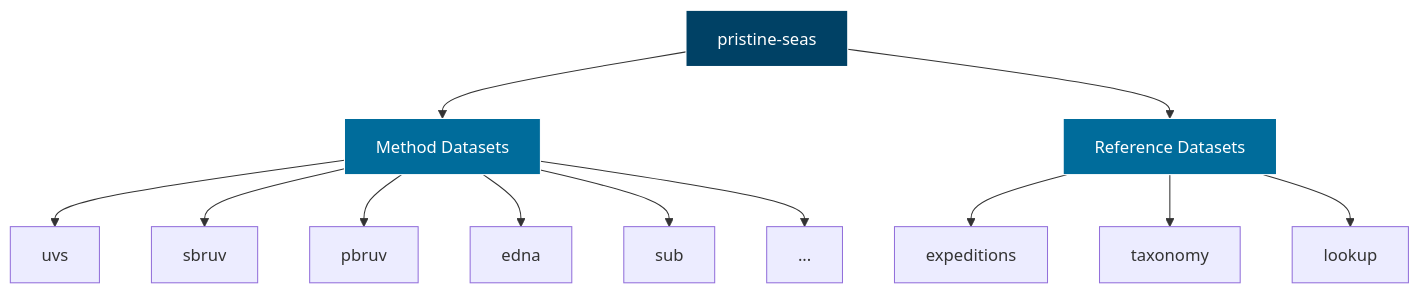
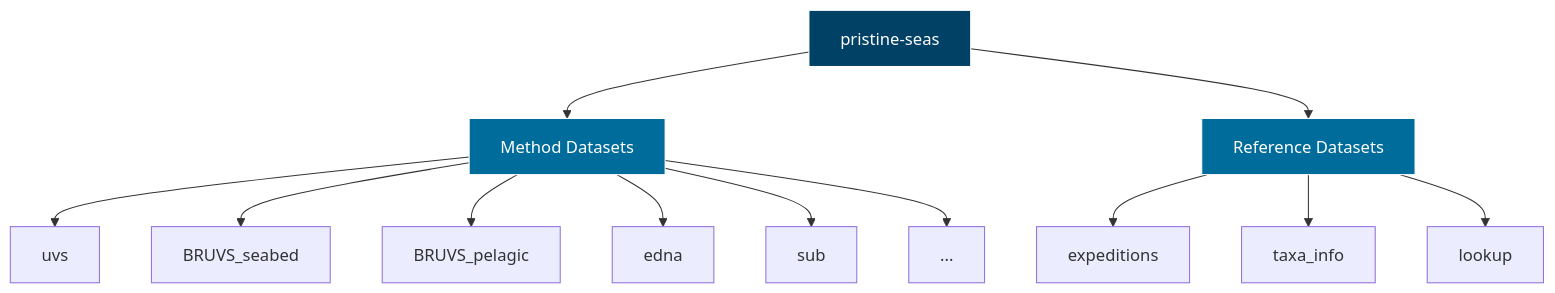
One commit to pristine-seas/legacy-db changed the diagram in build/01_architecture.qmd. Above: the diagram before and after it, drawn with Mermaid. The commit also changed other lines of this file and 6 other files, not shown here.

````diff
--- a/build/01_architecture.qmd
+++ b/build/01_architecture.qmd
@@ -26,22 +26,22 @@
 ```{mermaid}
 %%| fig-cap: "High-level database organization"
 %%| echo: false
 graph TB
     A[pristine-seas] --> B[Method Datasets]
     A --> C[Reference Datasets]
     
     B --> D[uvs]
-    B --> E[sbruv]
-    B --> F[pbruv]
+    B --> E[BRUVS_seabed]
+    B --> F[BRUVS_pelagic]
     B --> G[edna]
     B --> H[sub]
     B --> I[...]
     
     C --> J[expeditions]
-    C --> K[taxonomy]
+    C --> K[taxa_info]
     C --> L[lookup]
     
     style A fill:#004165,stroke:#fff,color:#fff
     style C fill:#006C9B,stroke:#fff,color:#fff
     style B fill:#006C9B,stroke:#fff,color:#fff
 ```
````
